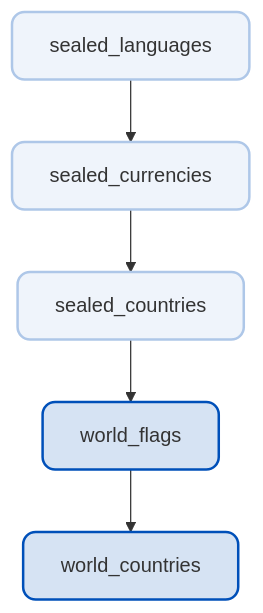
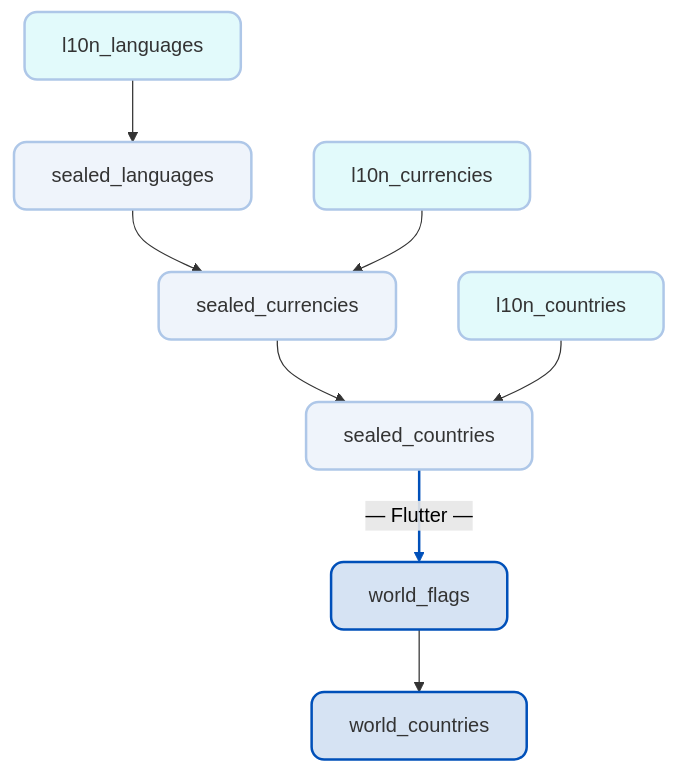
The diagram in .github/readme.md (tsinis/sealed_world), drawn with Mermaid before and after one commit. The commit also changed other lines of this file and 15 other files, not shown here.

````diff
--- a/.github/readme.md
+++ b/.github/readme.md
@@ -31,22 +34,50 @@
 ```mermaid
-graph TD
-sealed_languages["<span title='Sealed Languages Package'>sealed_languages</span>"]
-sealed_currencies["<span title='Sealed Currencies Package'>sealed_currencies</span>"]
-sealed_countries["<span title='Sealed Countries Package'>sealed_countries</span>"]
-world_flags["<span title='World Flags Package'>world_flags</span>"]
-world_countries["<span title='World Countries Package'>world_countries</span>"]
+graph TB
 
-sealed_languages --> sealed_currencies --> sealed_countries --> world_flags --> world_countries
+    %% Sealed packages
+    sealed_languages["<span title='Sealed Languages Package'>sealed_languages</span>"]
+    sealed_currencies["<span title='Sealed Currencies Package'>sealed_currencies</span>"]
+    sealed_countries["<span title='Sealed Countries Package'>sealed_countries</span>"]
 
-click sealed_languages "https://github.com/tsinis/sealed_world/tree/main/packages/sealed_languages"
-click sealed_currencies "https://github.com/tsinis/sealed_world/tree/main/packages/sealed_currencies"
-click sealed_countries "https://github.com/tsinis/sealed_world/tree/main/packages/sealed_countries"
-click world_flags "https://github.com/tsinis/sealed_world/tree/main/packages/world_flags"
-click world_countries "https://github.com/tsinis/sealed_world/tree/main/packages/world_countries"
+    %% l10n packages
+    l10n_languages["<span title='L10N Languages Package'>l10n_languages</span>"]
+    l10n_currencies["<span title='L10N Currencies Package'>l10n_currencies</span>"]
+    l10n_countries["<span title='L10N Countries Package'>l10n_countries</span>"]
 
-style sealed_languages fill:#aec7e8,stroke:#aec7e8,stroke-width:2px,fill-opacity:0.2,rx:10,ry:10
-style sealed_currencies fill:#aec7e8,stroke:#aec7e8,stroke-width:2px,fill-opacity:0.2,rx:10,ry:10
-style sealed_countries fill:#aec7e8,stroke:#aec7e8,stroke-width:2px,fill-opacity:0.2,rx:10,ry:10
-style world_flags fill:#aec7e8,stroke:#0050B9,stroke-width:2px,fill-opacity:0.5,rx:10,ry:10
-style world_countries fill:#aec7e8,stroke:#0050B9,stroke-width:2px,fill-opacity:0.5,rx:10,ry:10
+    %% World packages
+    world_flags["<span title='World Flags Package'>world_flags</span>"]
+    world_countries["<span title='World Countries Package'>world_countries</span>"]
+
+    %% Main chain, labeled arrow for Flutter
+    sealed_languages --> sealed_currencies --> sealed_countries -->| ― Flutter ― | world_flags --> world_countries
+
+    %% l10n packages pointing to each sealed package
+    l10n_languages --> sealed_languages
+    l10n_currencies --> sealed_currencies
+    l10n_countries --> sealed_countries
+
+    %% Styles for sealed (light fill) and world packages (darker border)
+    style sealed_languages fill:#aec7e8,stroke:#aec7e8,stroke-width:2px,fill-opacity:0.2,rx:10,ry:10
+    style sealed_currencies fill:#aec7e8,stroke:#aec7e8,stroke-width:2px,fill-opacity:0.2,rx:10,ry:10
+    style sealed_countries fill:#aec7e8,stroke:#aec7e8,stroke-width:2px,fill-opacity:0.2,rx:10,ry:10
+    style world_flags fill:#aec7e8,stroke:#0050B9,stroke-width:2px,fill-opacity:0.5,rx:10,ry:10
+    style world_countries fill:#aec7e8,stroke:#0050B9,stroke-width:2px,fill-opacity:0.5,rx:10,ry:10
+
+    %% Styles for l10n packages (turquoise fill)
+    style l10n_languages fill:#40DBE0BE,stroke:#aec7e8,stroke-width:2px,fill-opacity:0.2,rx:10,ry:10
+    style l10n_currencies fill:#40DBE0BE,stroke:#aec7e8,stroke-width:2px,fill-opacity:0.2,rx:10,ry:10
+    style l10n_countries fill:#40DBE0BE,stroke:#aec7e8,stroke-width:2px,fill-opacity:0.2,rx:10,ry:10
+
+    %% Attempt to remove the label background only on the "Flutter" arrow (link index 2).
+    linkStyle 2 stroke:#0050B9,stroke-width:2px,color:#000,fill:none
+
+    %% Clickable links
+    click sealed_languages "https://github.com/tsinis/sealed_world/tree/main/packages/sealed_languages"
+    click sealed_currencies "https://github.com/tsinis/sealed_world/tree/main/packages/sealed_currencies"
+    click sealed_countries "https://github.com/tsinis/sealed_world/tree/main/packages/sealed_countries"
+    click l10n_languages "https://github.com/tsinis/sealed_world/tree/main/packages/l10n_languages"
+    click l10n_currencies "https://github.com/tsinis/sealed_world/tree/main/packages/l10n_currencies"
+    click l10n_countries "https://github.com/tsinis/sealed_world/tree/main/packages/l10n_countries"
+    click world_flags "https://github.com/tsinis/sealed_world/tree/main/packages/world_flags"
+    click world_countries "https://github.com/tsinis/sealed_world/tree/main/packages/world_countries"
 ```
````
